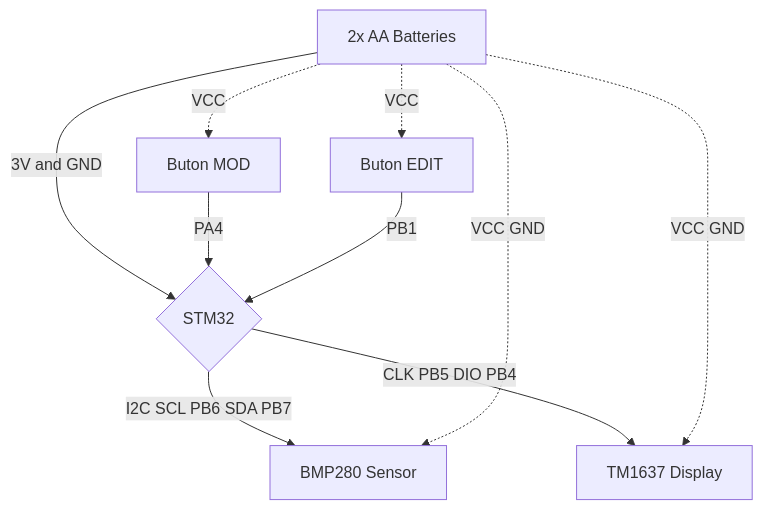
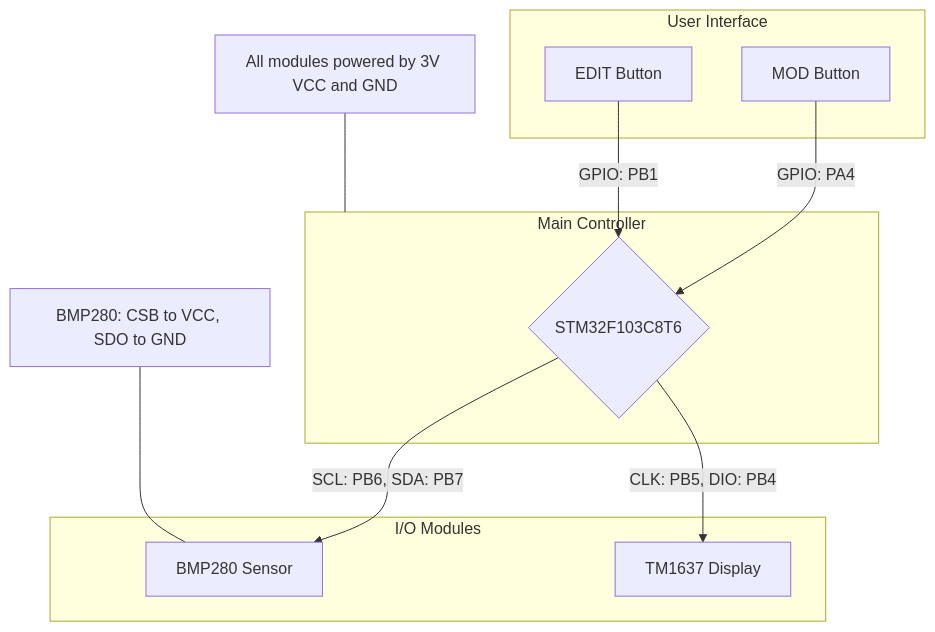
Before and after one commit to karahanbuhan/altimeter-stm32f103c8: the diagram in README.md, drawn with Mermaid.

Commit message:
Revise schematic for clarity and organization
Updated the schematic section with improved syntax and structure.

````diff
--- a/README.md
+++ b/README.md
@@ -37,22 +37,30 @@
 ```mermaid
 graph TD
-    %% MCU
-    STM32{STM32}
+    %% PROCESSING UNIT
+    subgraph MCU [Main Controller]
+        STM32{STM32F103C8T6}
+    end
 
-    %% POWER
-    BAT[2x AA Batteries] -- 3V and GND --> STM32
+    %% INPUTS
+    subgraph Inputs [User Interface]
+        BTN1[MOD Button] -- "GPIO: PA4" --> STM32
+        BTN2[EDIT Button] -- "GPIO: PB1" --> STM32
+    end
 
-    %% SENSORS
-    STM32 -- I2C SCL PB6 SDA PB7 --> BMP[BMP280 Sensor]
-    STM32 -- CLK PB5 DIO PB4 --> SCREEN[TM1637 Display]
+    %% PERIPHERALS
+    subgraph Peripherals [I/O Modules]
+        BMP[BMP280 Sensor]
+        SCREEN[TM1637 Display]
+    end
 
-    %% BUTTON CONNECTIONS
-    BTN1[Buton MOD] -- PA4 --> STM32
-    BTN2[Buton EDIT] -- PB1 --> STM32
+    %% LOGIC CONNECTIONS (CLEAN FLOW)
+    STM32 -- "SCL: PB6, SDA: PB7" --> BMP
+    STM32 -- "CLK: PB5, DIO: PB4" --> SCREEN
 
-    %% POWER RAIL
-    BAT -. VCC GND .-> BMP
-    BAT -. VCC GND .-> SCREEN
-    BAT -. VCC .-> BTN1
-    BAT -. VCC .-> BTN2
+    %% COMPACT HARDWARE NOTES (FIXED SYNTAX)
+    note1["All modules powered by 3V VCC and GND"]
+    note2["BMP280: CSB to VCC, SDO to GND"]
+    
+    note1 --- MCU
+    note2 --- BMP
 ```
````
